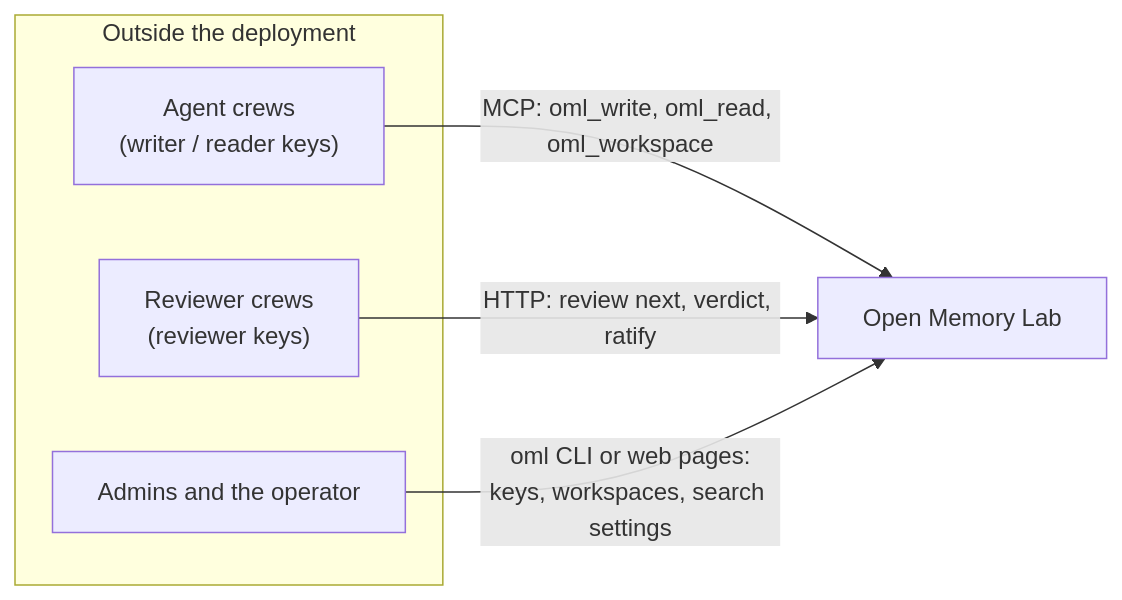
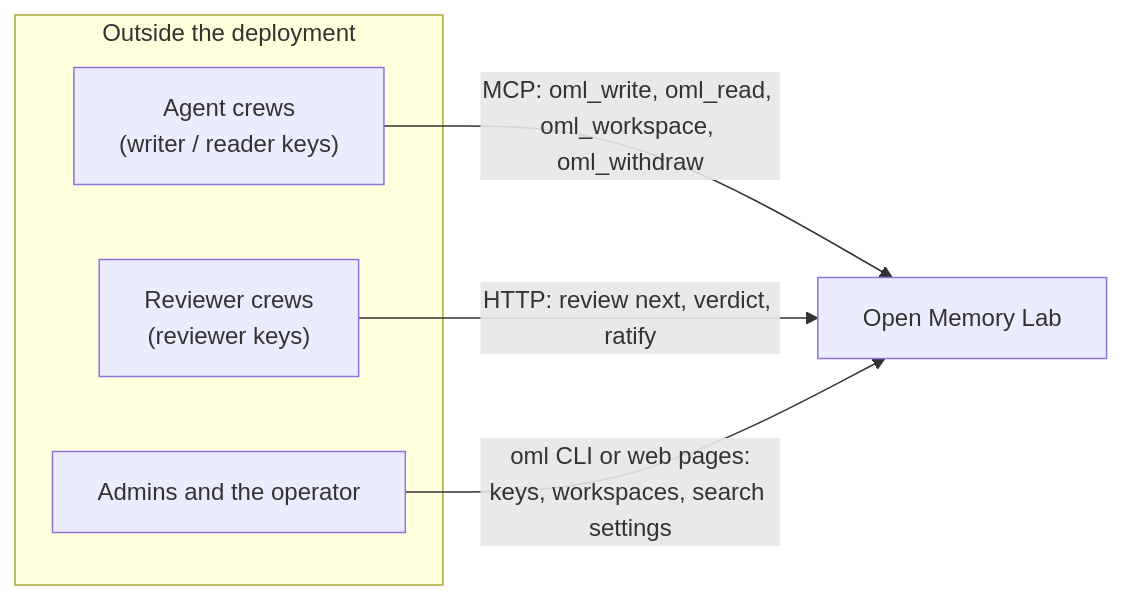
One commit to e8kor/open-memory-lab changed the first of 5 diagrams in docs/architecture/overview.md. Above: the diagram before and after it, drawn with Mermaid. The commit also changed other lines of this file and 39 other files, not shown here.

````diff
--- a/docs/architecture/overview.md
+++ b/docs/architecture/overview.md
@@ -27,12 +27,12 @@
 ```mermaid
 flowchart LR
     subgraph outside ["Outside the deployment"]
         AG["Agent crews<br/>(writer / reader keys)"]
         RC["Reviewer crews<br/>(reviewer keys)"]
         AD["Admins and the operator"]
     end
     OML["Open Memory Lab"]
-    AG -- "MCP: oml_write, oml_read, oml_workspace" --> OML
+    AG -- "MCP: oml_write, oml_read, oml_workspace, oml_withdraw" --> OML
     RC -- "HTTP: review next, verdict, ratify" --> OML
     AD -- "oml CLI or web pages:<br/>keys, workspaces, search settings" --> OML
 ```
````
